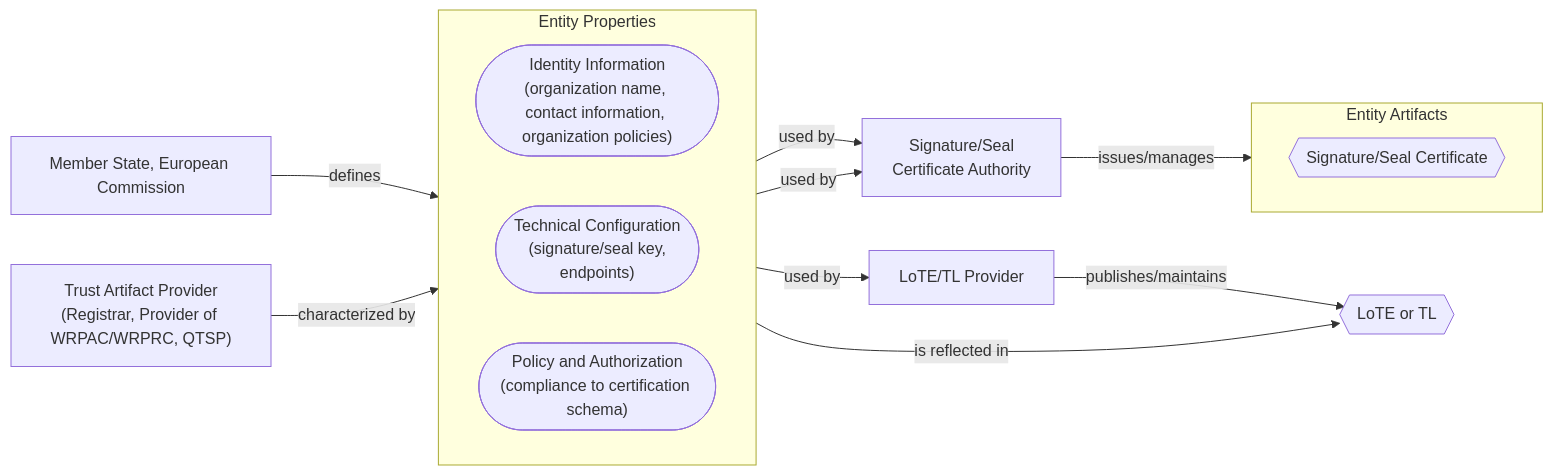
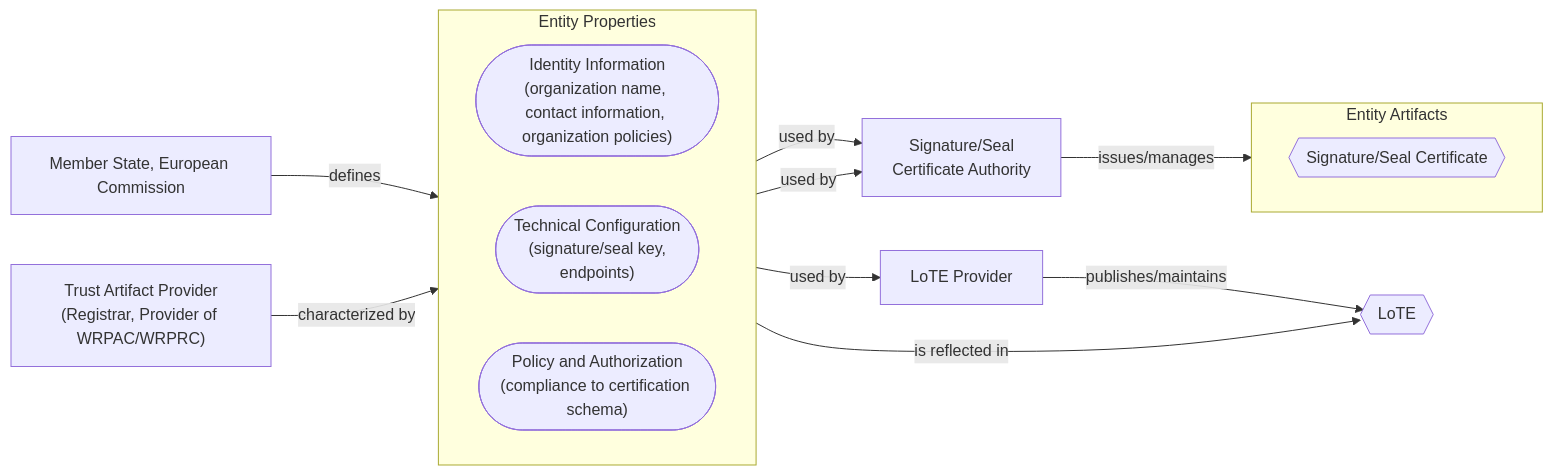
One commit to APTITUDE-Consortium/wp2-trust-specifications changed the second of 4 diagrams in docs/topics/trust-management-process.md. Above: the diagram before and after it, drawn with Mermaid. The commit also changed other lines of this file, not shown here.

Commit message:
Chore: refactor of trust management

````diff
--- a/docs/topics/trust-management-process.md
+++ b/docs/topics/trust-management-process.md
@@ -226,35 +191,35 @@
 ```mermaid
 flowchart LR
-    mid_ent["Trust Artifact Provider<br>(Registrar, Provider of WRPAC/WRPRC, QTSP)"]
+    mid_ent["Trust Artifact Provider<br>(Registrar, Provider of WRPAC/WRPRC)"]
 
     subgraph abst["Entity Properties"]
         direction LR
         id(["Identity Information<br>(organization name, contact information, organization policies)"])
         tech(["Technical Configuration<br>(signature/seal key,<br> endpoints)"])
         authz(["Policy and Authorization<br>(compliance to certification schema)"])
     end
 
     subgraph arti["Entity Artifacts"]
         direction LR
         csig{{"Signature/Seal Certificate"}}
     end
 
     ms["Member State, European Commission"]
 
-    tl{{"LoTE or TL"}}
+    tl{{"LoTE"}}
 
     ca["Signature/Seal<br>Certificate Authority"]
-    tlp["LoTE/TL Provider"]
+    tlp["LoTE Provider"]
 
     mid_ent --"characterized by"--> abst
 
     id --"used by"--> ca
     tech --"used by"--> ca
     ca --"issues/manages"--> csig
 
     abst --"used by"--> tlp
     tlp --"publishes/maintains"--> tl
 
     ms --"defines"--> authz
     authz --"is reflected in"--> tl
 ```
````
